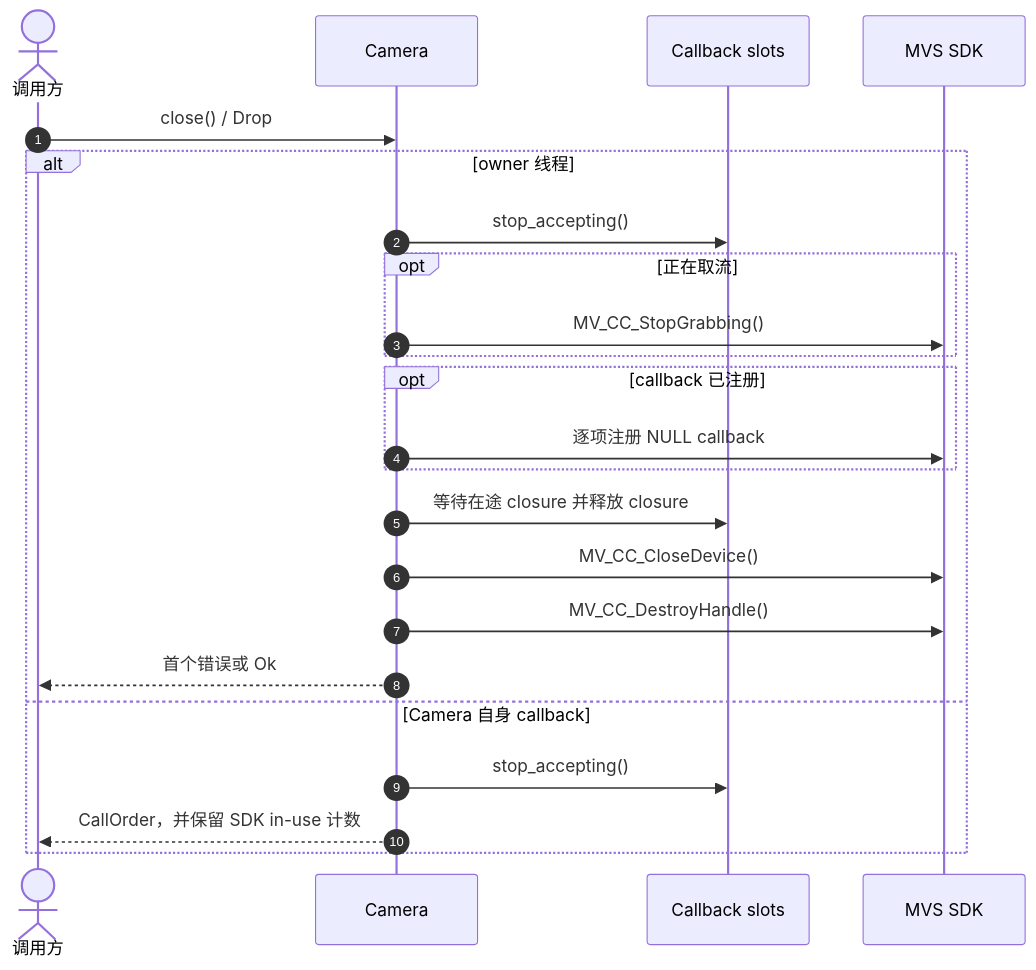
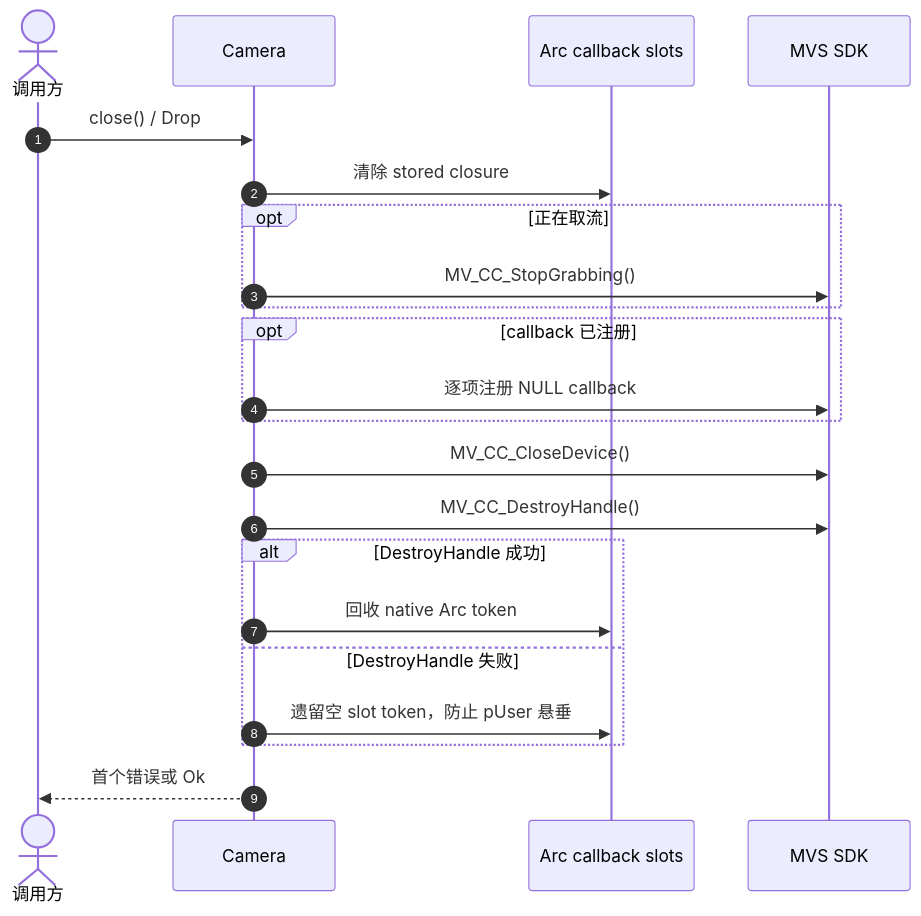
Before and after one commit to JSB-Unscarred/mvs-sdk-rs: the diagram in 时序图/Camera显式关闭与Drop兜底.md, drawn with Mermaid. The commit also changed other lines of this file and 22 other files, not shown here.

````diff
--- a/时序图/Camera显式关闭与Drop兜底.md
+++ b/时序图/Camera显式关闭与Drop兜底.md
@@ -3,26 +3,25 @@
 ```mermaid
 sequenceDiagram
     autonumber
     actor Caller as 调用方
     participant Camera as Camera
-    participant Slots as Callback slots
+    participant Slots as Arc callback slots
     participant Native as MVS SDK
 
     Caller->>Camera: close() / Drop
-    alt owner 线程
-        Camera->>Slots: stop_accepting()
-        opt 正在取流
-            Camera->>Native: MV_CC_StopGrabbing()
-        end
-        opt callback 已注册
-            Camera->>Native: 逐项注册 NULL callback
-        end
-        Camera->>Slots: 等待在途 closure 并释放 closure
-        Camera->>Native: MV_CC_CloseDevice()
-        Camera->>Native: MV_CC_DestroyHandle()
-        Camera-->>Caller: 首个错误或 Ok
-    else Camera 自身 callback
-        Camera->>Slots: stop_accepting()
-        Camera-->>Caller: CallOrder，并保留 SDK in-use 计数
+    Camera->>Slots: 清除 stored closure
+    opt 正在取流
+        Camera->>Native: MV_CC_StopGrabbing()
     end
+    opt callback 已注册
+        Camera->>Native: 逐项注册 NULL callback
+    end
+    Camera->>Native: MV_CC_CloseDevice()
+    Camera->>Native: MV_CC_DestroyHandle()
+    alt DestroyHandle 成功
+        Camera->>Slots: 回收 native Arc token
+    else DestroyHandle 失败
+        Camera->>Slots: 遗留空 slot token，防止 pUser 悬垂
+    end
+    Camera-->>Caller: 首个错误或 Ok
 ```
````
